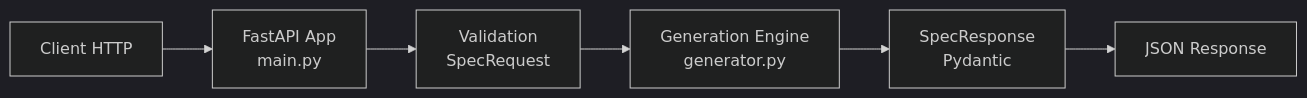
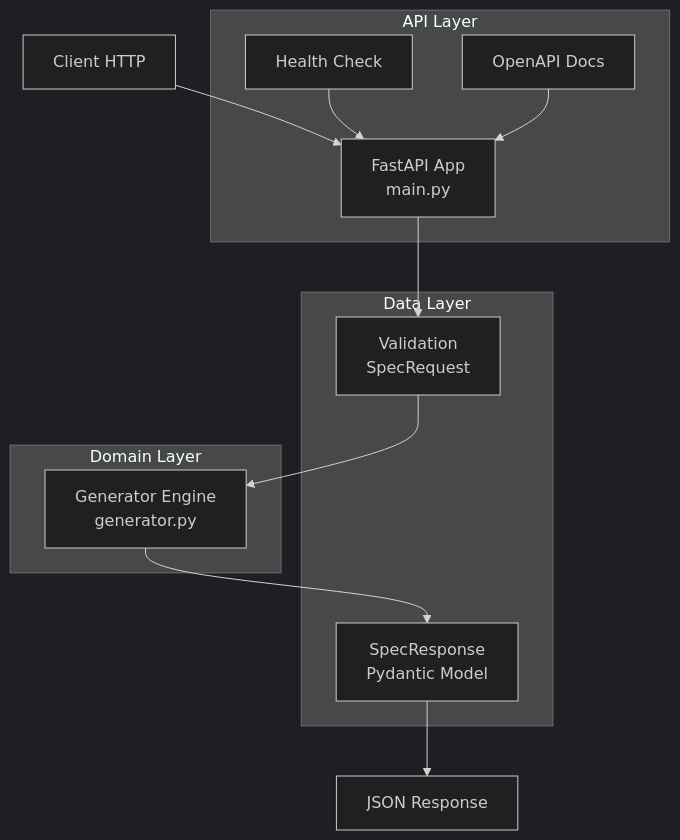
Before and after one commit to mabdelli-ml/scrum-5-copilot-spec-generator: the first of 3 diagrams in docs/ARCHITECTURE.md, drawn with Mermaid (dark theme). The commit also changed other lines of this file, not shown here.

Commit message:
docs: add ARCHITECTURE.md generated by SSP SpecGen

````diff
--- a/docs/ARCHITECTURE.md
+++ b/docs/ARCHITECTURE.md
@@ -131,8 +29,26 @@
 ```mermaid
-flowchart LR
-    A[Client HTTP] --> B[FastAPI App\nmain.py]
-    B --> C[Validation\nSpecRequest]
-    C --> D[Generation Engine\ngenerator.py]
-    D --> E[SpecResponse\nPydantic]
+graph TD
+    A[Client HTTP] --> B[FastAPI App<br/>main.py]
+    B --> C[Validation<br/>SpecRequest]
+    C --> D[Generator Engine<br/>generator.py]
+    D --> E[SpecResponse<br/>Pydantic Model]
     E --> F[JSON Response]
+    
+    G[Health Check] --> B
+    H[OpenAPI Docs] --> B
+    
+    subgraph "Data Layer"
+        C
+        E
+    end
+    
+    subgraph "Domain Layer"
+        D
+    end
+    
+    subgraph "API Layer"
+        B
+        G
+        H
+    end
 ```
````
